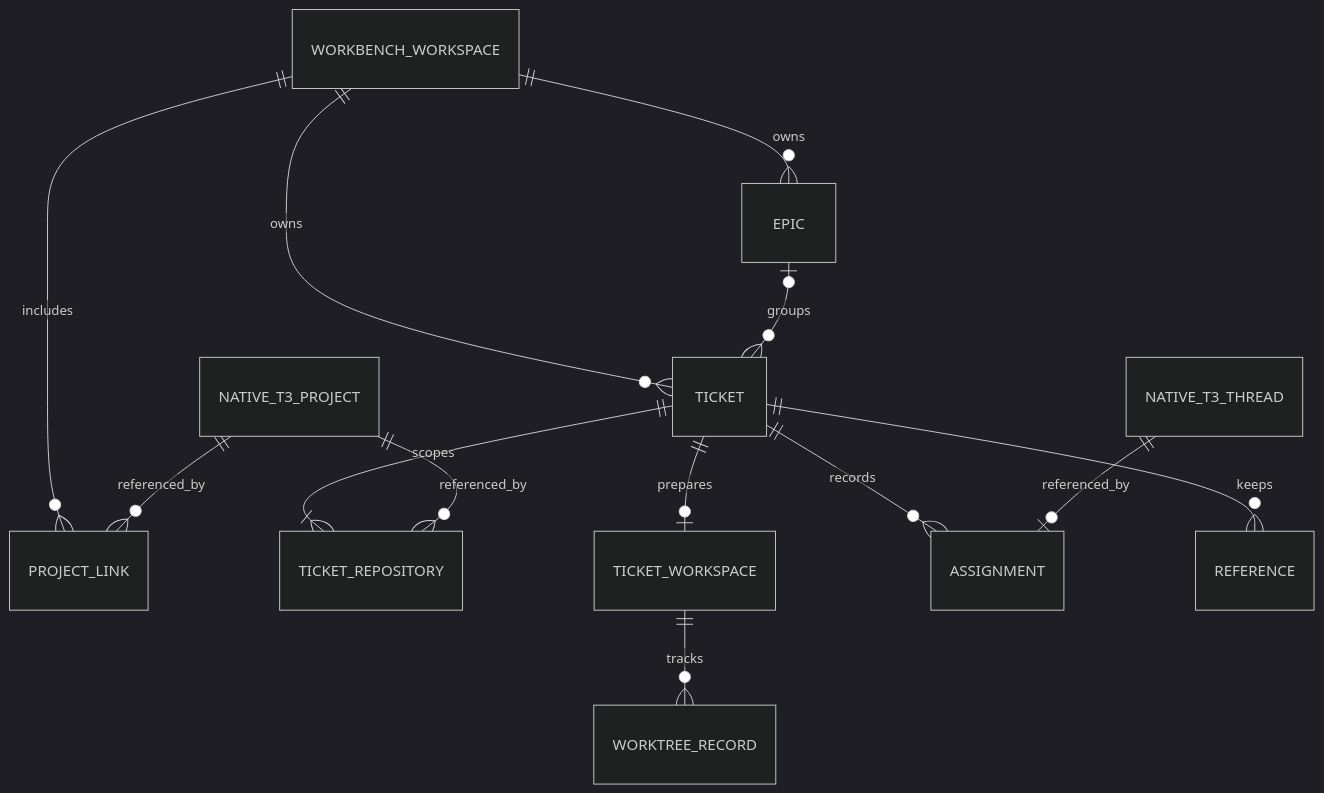
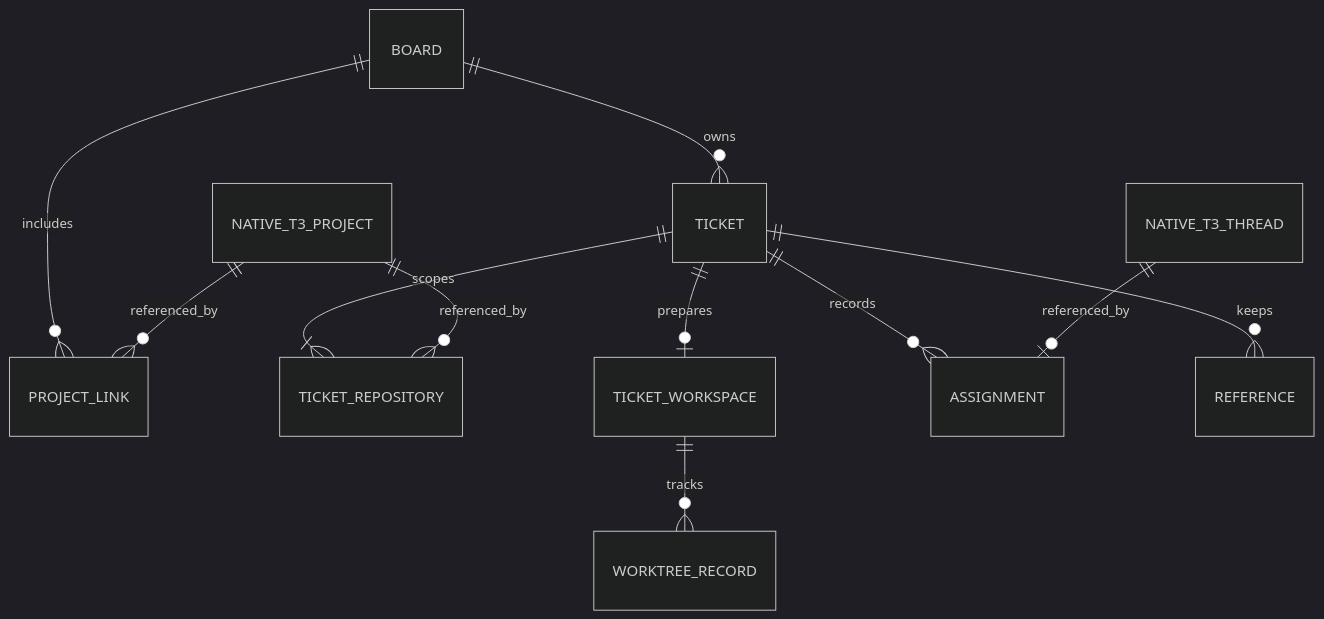
Before and after one commit to filipgutica/t3code: the diagram in docs/internals/workbench-data-model.md, drawn with Mermaid (dark theme). The commit also changed other lines of this file and 136 other files, not shown here.

Commit message:
feat(workbench): remove Epics and Ticket types

````diff
--- a/docs/internals/workbench-data-model.md
+++ b/docs/internals/workbench-data-model.md
@@ -7,15 +7,13 @@
 ```mermaid
 erDiagram
-    WORKBENCH_WORKSPACE ||--o{ PROJECT_LINK : includes
+    BOARD ||--o{ PROJECT_LINK : includes
     NATIVE_T3_PROJECT ||--o{ PROJECT_LINK : referenced_by
-    WORKBENCH_WORKSPACE ||--o{ EPIC : owns
-    WORKBENCH_WORKSPACE ||--o{ TICKET : owns
-    EPIC |o--o{ TICKET : groups
+    BOARD ||--o{ TICKET : owns
     TICKET ||--|{ TICKET_REPOSITORY : scopes
     NATIVE_T3_PROJECT ||--o{ TICKET_REPOSITORY : referenced_by
     TICKET ||--o| TICKET_WORKSPACE : prepares
     TICKET_WORKSPACE ||--o{ WORKTREE_RECORD : tracks
     TICKET ||--o{ ASSIGNMENT : records
     TICKET ||--o{ REFERENCE : keeps
     NATIVE_T3_THREAD ||--o| ASSIGNMENT : referenced_by
 ```
````
